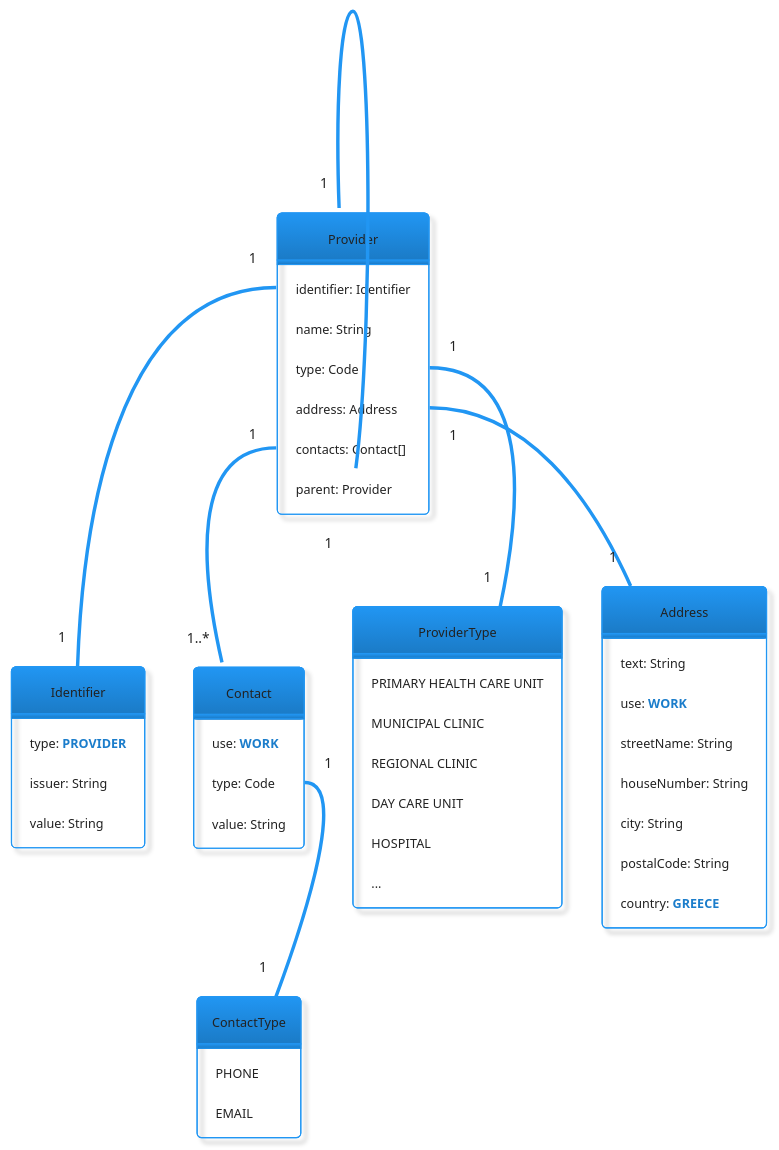
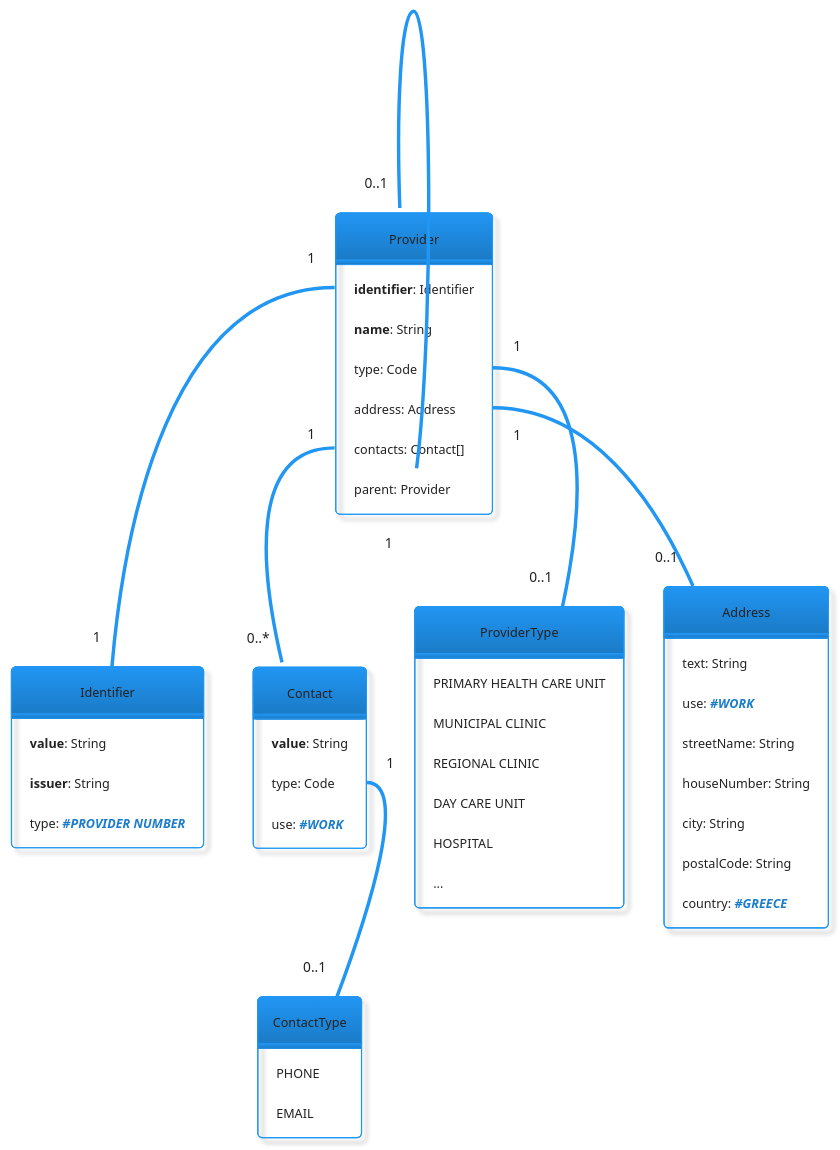
Before and after one commit to hl7-hellas/gr-fhir-base: the diagram in input/images-source/provider-logical-model.plantuml, drawn with PlantUML. The commit also changed 16 other files, not shown here.

```diff
--- a/input/images-source/provider-logical-model.plantuml
+++ b/input/images-source/provider-logical-model.plantuml
@@ -1,59 +1,58 @@
 @startuml
 !theme materia-outline
 skinparam classAttributeIconSize 0
 hide empty members
 hide circle
-'left to right direction
 
 entity Provider {
-  identifier: Identifier
-  name: String
+  <b>identifier</b>: Identifier
+  <b>name</b>: String
   type: Code
   address: Address
   contacts: Contact[]
   parent: Provider
 }
 
 entity Identifier {
-  type: <b><color:#1B7DCB>PROVIDER</color></b>
-  issuer: String
-  value: String
+  <b>value</b>: String
+  <b>issuer</b>: String
+  type: <b><i><color:#1B7DCB>#PROVIDER NUMBER</color></i></b>
 }
 
 entity Contact {
-  use: <b><color:#1B7DCB>WORK</color></b>
+  <b>value</b>: String
   type: Code
-  value: String
+  use: <b><i><color:#1B7DCB>#WORK</color></i></b>
 }
 
 enum ProviderType {
   PRIMARY HEALTH CARE UNIT
   MUNICIPAL CLINIC
   REGIONAL CLINIC
   DAY CARE UNIT
   HOSPITAL
   ...
 }
 
 entity Address {
   text: String
-  use: <b><color:#1B7DCB>WORK</color></b>
+  use: <b><i><color:#1B7DCB>#WORK</color></i></b>
   streetName: String
   houseNumber: String
   city: String
   postalCode: String
-  country: <b><color:#1B7DCB>GREECE</color></b>
+  country: <b><i><color:#1B7DCB>#GREECE</color></i></b>
 }
 
 enum ContactType {
 	PHONE
 	EMAIL
 }
 
 Provider::identifier "1" -- "1" Identifier
-Provider::type "1" -- "1" ProviderType
-Provider::address "1" -- "1" Address
-Provider::contacts "1" -- "1..*" Contact
-Provider::parent "1" -- "1" Provider
-Contact::type "1" -- "1" ContactType
+Provider::type "1" -- "0..1" ProviderType
+Provider::address "1" -- "0..1" Address
+Provider::contacts "1" -- "0..*" Contact
+Provider::parent "1" -- "0..1" Provider
+Contact::type "1" -- "0..1" ContactType
 @enduml
```
